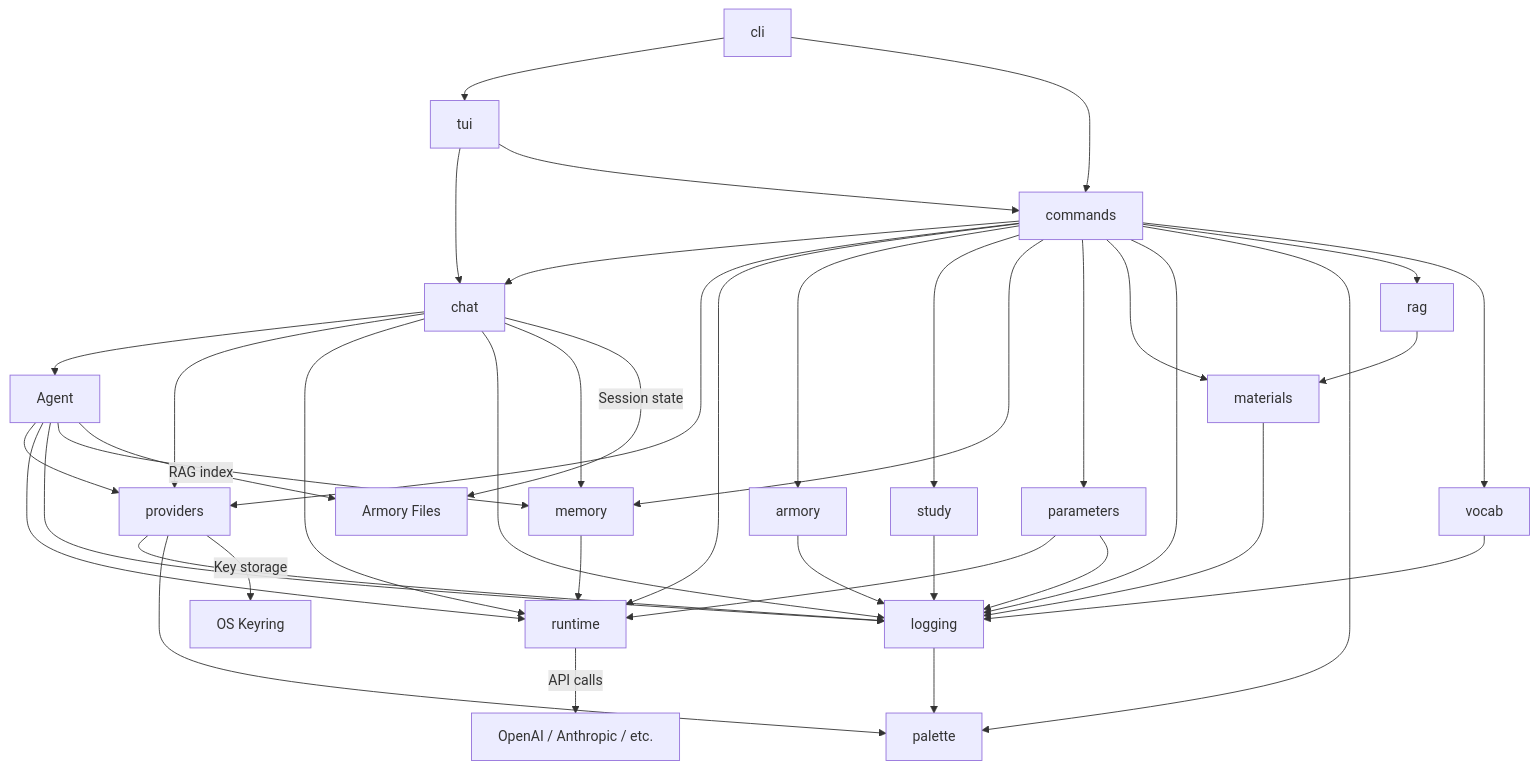
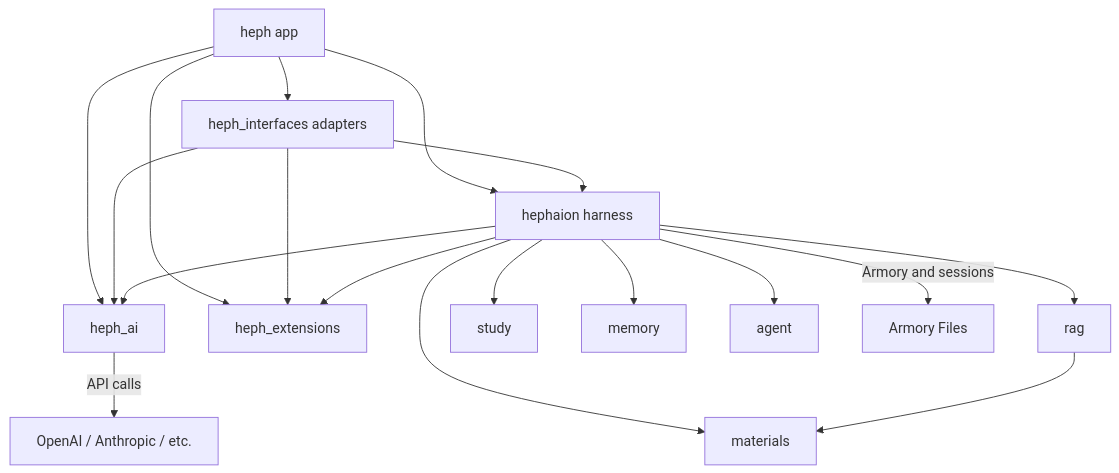
The first of 3 diagrams in docs/architecture.md (gildrb/heph), drawn with Mermaid before and after one commit. The commit also changed other lines of this file and 493 other files, not shown here.

````diff
--- a/docs/architecture.md
+++ b/docs/architecture.md
@@ -71,56 +69,20 @@
 ```mermaid
 graph TD
-    CLI[cli] --> TUI[tui]
-    CLI --> Commands[commands]
-    TUI --> Chat[chat]
-    TUI --> Commands
-    Commands --> Chat
-    Commands --> Providers[providers]
-    Commands --> Runtime[runtime]
-    Commands --> Armory[armory]
-    Commands --> Study[study]
-    Commands --> Memory[memory]
-    Commands --> Parameters[parameters]
-    Commands --> Materials[materials]
-    Commands --> Logging[logging]
-    Commands --> Palette[palette]
-    Commands --> RAG[rag]
-    Commands --> Vocab[vocab]
-
-    Chat --> Agent
-    Chat --> Providers
-    Chat --> Runtime
-    Chat --> Logging
-    Chat --> Memory
-
-    Agent --> Providers
-    Agent --> Runtime
-    Agent --> Logging
-    Agent --> Memory
-
-    Memory --> Runtime
-    Parameters --> Runtime
-
+    Heph[heph app] --> Interfaces[heph_interfaces adapters]
+    Heph --> Harness[hephaion harness]
+    Heph --> AI[heph_ai]
+    Heph --> Extensions[heph_extensions]
+    Interfaces --> Harness
+    Interfaces --> AI
+    Interfaces --> Extensions
+    Harness --> AI
+    Harness --> Extensions
+    Harness --> Materials[materials]
+    Harness --> RAG[rag]
+    Harness --> Study[study]
+    Harness --> Memory[memory]
+    Harness --> Agent[agent]
     RAG --> Materials
-
-    Vocab --> Logging
-
-    Providers --> Logging
-    Providers --> Palette
-
-    Study --> Logging
-
-    Armory --> Logging
-
-    Parameters --> Logging
-
-    Materials --> Logging
-
-    Logging --> Palette
-
-    Runtime -->|API calls| LLM[OpenAI / Anthropic / etc.]
-    Providers -->|Key storage| Keyring[OS Keyring]
-
-    Agent -->|RAG index| FileStore[Armory Files]
-    Chat -->|Session state| FileStore
+    AI -->|API calls| LLM[OpenAI / Anthropic / etc.]
+    Harness -->|Armory and sessions| FileStore[Armory Files]
 ```
````
